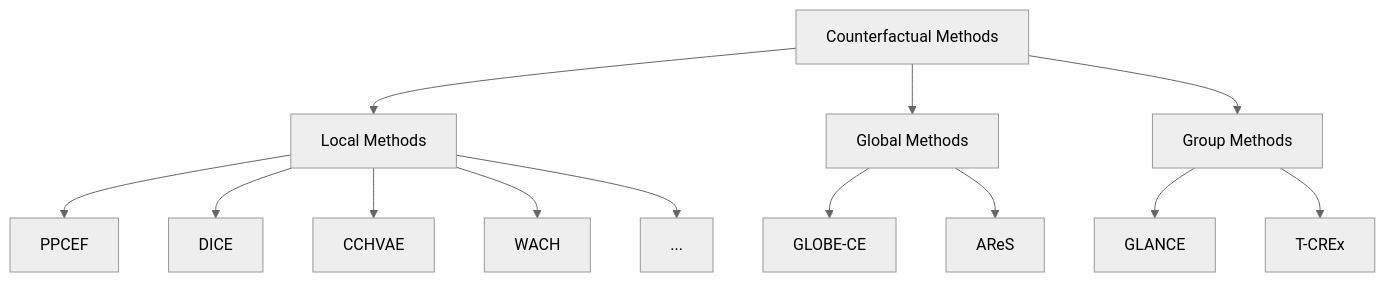
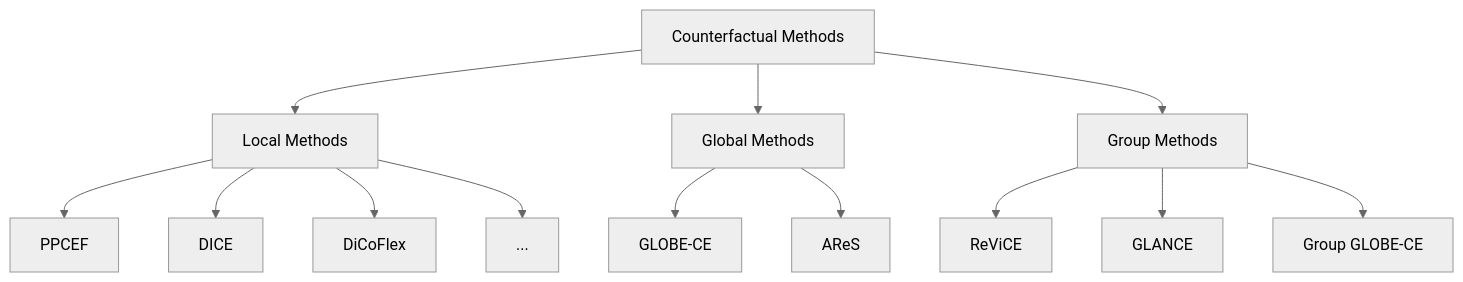
The first of 2 diagrams in docs/index.md (ofurman/counterfactuals), drawn with Mermaid (neutral theme) before and after one commit. The commit also changed other lines of this file and 39 other files, not shown here.

````diff
--- a/docs/index.md
+++ b/docs/index.md
@@ -92,18 +92,18 @@
 ```mermaid
 flowchart TD
     A[Counterfactual Methods] --> B[Local Methods]
     A --> C[Global Methods]
     A --> D[Group Methods]
 
     B --> B1[PPCEF]
     B --> B2[DICE]
-    B --> B3[CCHVAE]
-    B --> B4[WACH]
-    B --> B5[...]
+    B --> B3[DiCoFlex]
+    B --> B4[...]
 
     C --> C1[GLOBE-CE]
     C --> C2[AReS]
 
-    D --> D1[GLANCE]
-    D --> D2[T-CREx]
+    D --> D1[ReViCE]
+    D --> D2[GLANCE]
+    D --> D3[Group GLOBE-CE]
 ```
````
